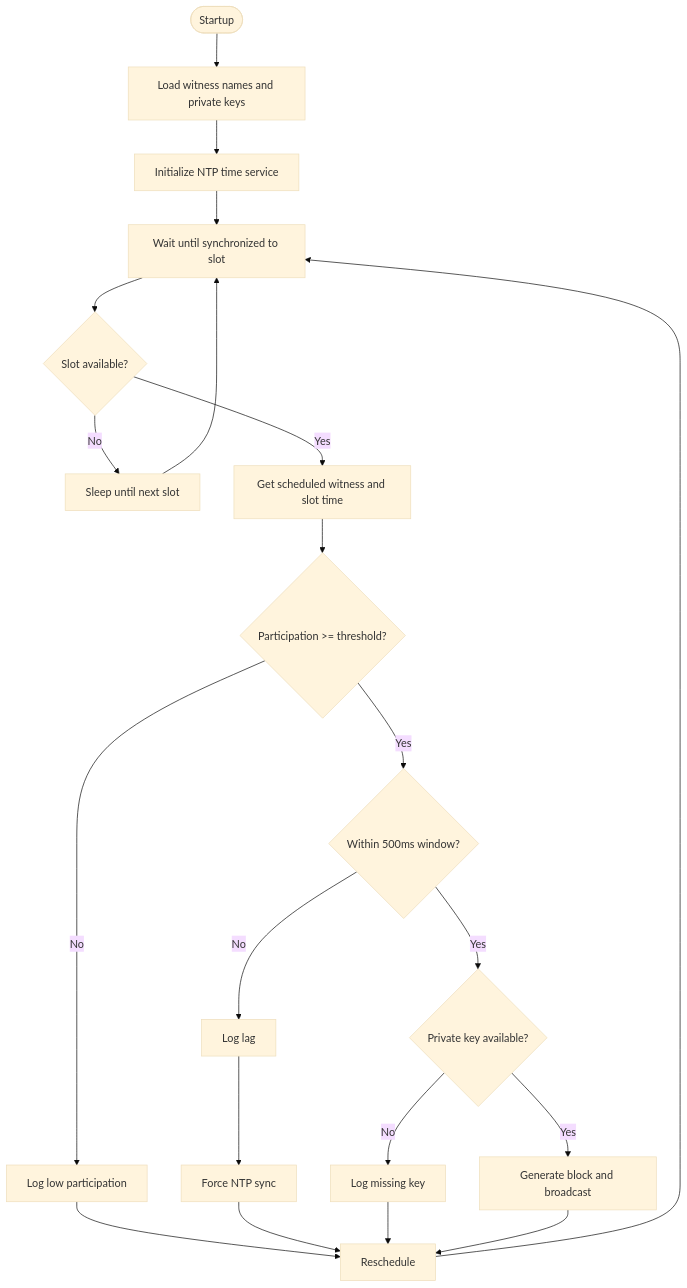
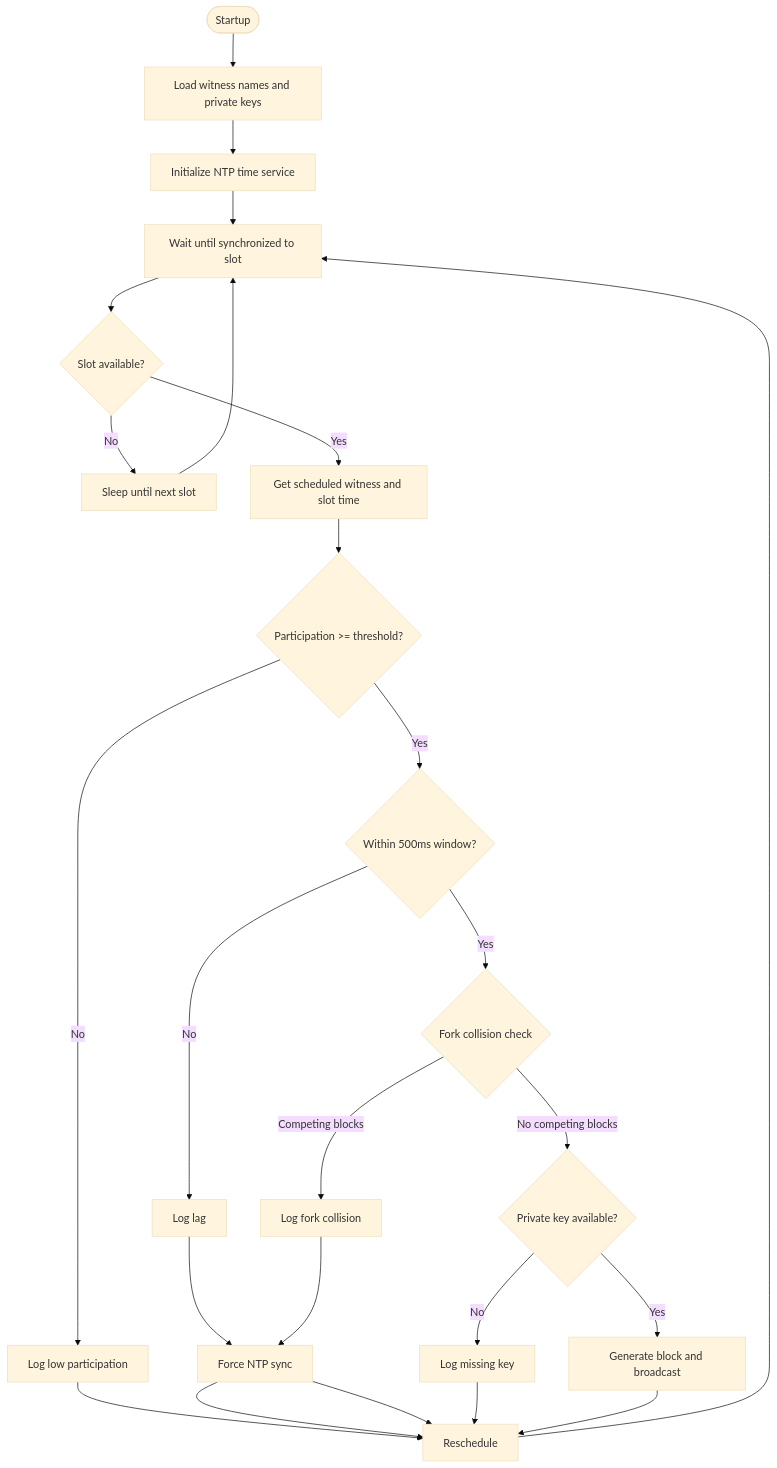
Before and after one commit to VIZ-Blockchain/viz-cpp-node: the fourth of 7 diagrams in .qoder/repowiki/en/content/Witness.md, drawn with Mermaid (base theme). The commit also changed other lines of this file and 4 other files, not shown here.

````diff
--- a/.qoder/repowiki/en/content/Witness.md
+++ b/.qoder/repowiki/en/content/Witness.md
@@ -256,17 +277,19 @@
 ```mermaid
 flowchart TD
 Start(["Startup"]) --> InitKeys["Load witness names and private keys"]
 InitKeys --> InitNTP["Initialize NTP time service"]
 InitNTP --> SyncCheck["Wait until synchronized to slot"]
 SyncCheck --> SlotCheck{"Slot available?"}
 SlotCheck --> |No| WaitNext["Sleep until next slot"] --> SyncCheck
 SlotCheck --> |Yes| Scheduled["Get scheduled witness and slot time"]
 Scheduled --> Participation{"Participation >= threshold?"}
 Participation --> |No| LogLowParticipation["Log low participation"] --> Resched["Reschedule"] --> SyncCheck
 Participation --> |Yes| TimeCheck{"Within 500ms window?"}
 TimeCheck --> |No| LogLag["Log lag"] --> ForceSync["Force NTP sync"] --> Resched
-TimeCheck --> |Yes| SignCheck{"Private key available?"}
+TimeCheck --> |Yes| ForkCollision{"Fork collision check"}
+ForkCollision --> |Competing blocks| LogCollision["Log fork collision"] --> ForceSync --> Resched
+ForkCollision --> |No competing blocks| SignCheck{"Private key available?"}
 SignCheck --> |No| LogNoKey["Log missing key"] --> Resched
 SignCheck --> |Yes| Produce["Generate block and broadcast"]
 Produce --> Resched
 ```
````
